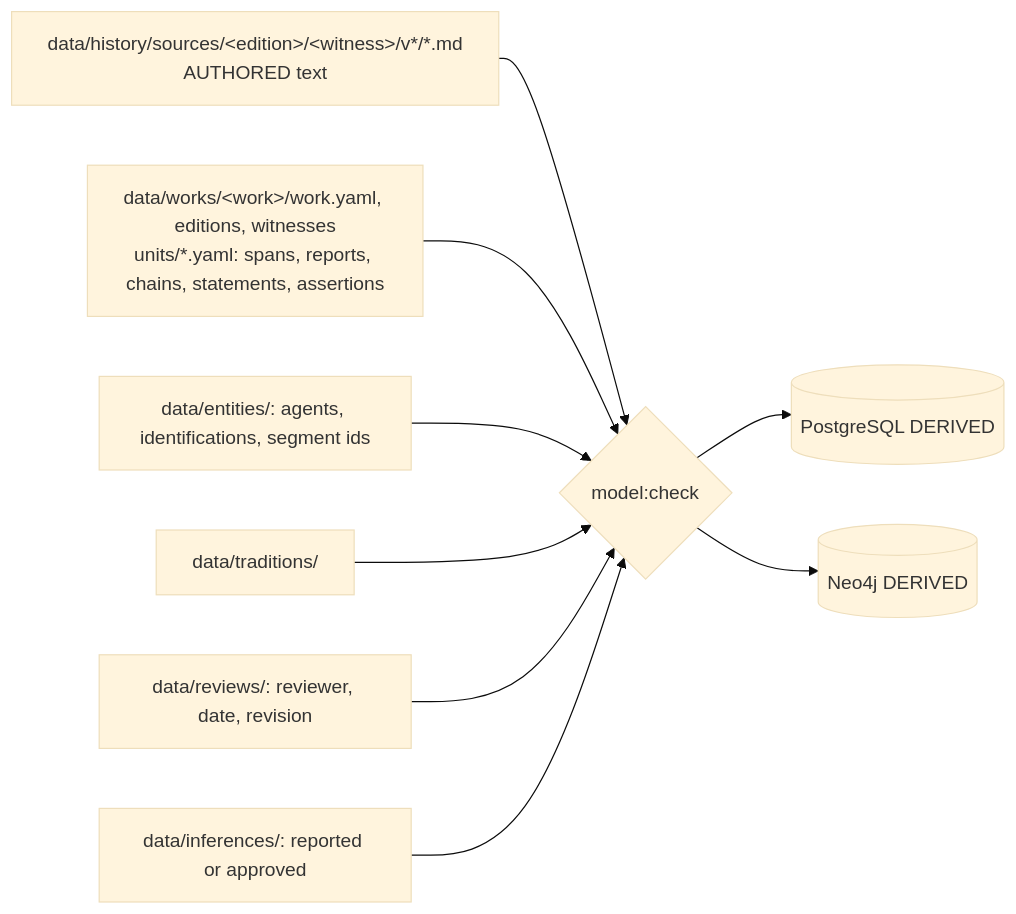
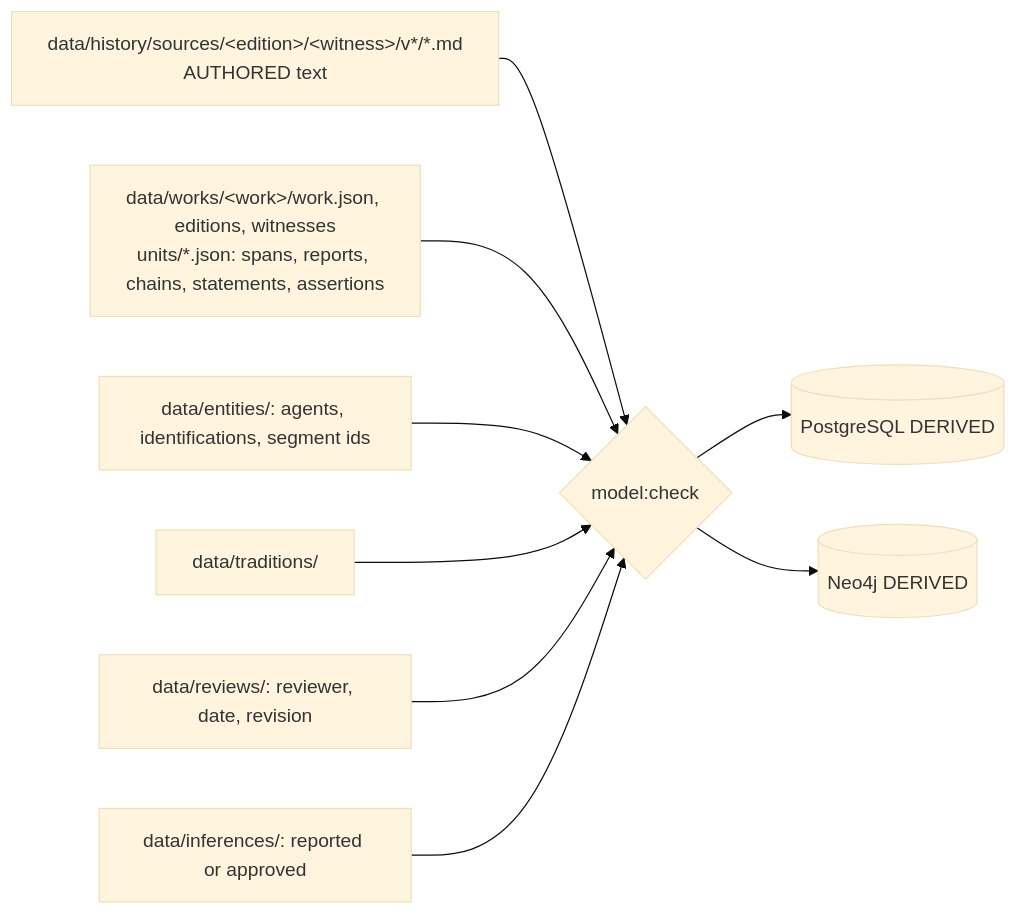
Before and after one commit to msskzx/namaq: the third of 5 diagrams in docs/plans/data-model/plan.md, drawn with Mermaid (base theme). The commit also changed other lines of this file and 9 other files, not shown here.

````diff
--- a/docs/plans/data-model/plan.md
+++ b/docs/plans/data-model/plan.md
@@ -247,11 +247,11 @@
 ```mermaid
 flowchart LR
   S[data/history/sources/&lt;edition&gt;/&lt;witness&gt;/v*/*.md<br/>AUTHORED text] --> C{model:check}
-  W[data/works/&lt;work&gt;/work.yaml, editions, witnesses<br/>units/*.yaml: spans, reports, chains, statements, assertions] --> C
+  W[data/works/&lt;work&gt;/work.json, editions, witnesses<br/>units/*.json: spans, reports, chains, statements, assertions] --> C
   E[data/entities/: agents, identifications, segment ids] --> C
   T[data/traditions/] --> C
   R[data/reviews/: reviewer, date, revision] --> C
   I[data/inferences/: reported or approved] --> C
   C --> PG[(PostgreSQL DERIVED)]
   C --> N[(Neo4j DERIVED)]
 ```
````
